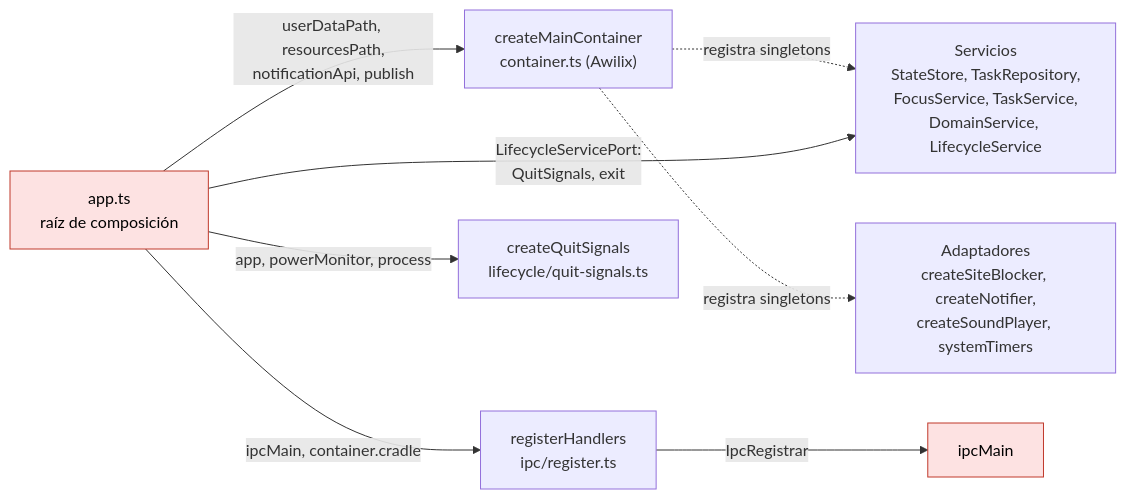
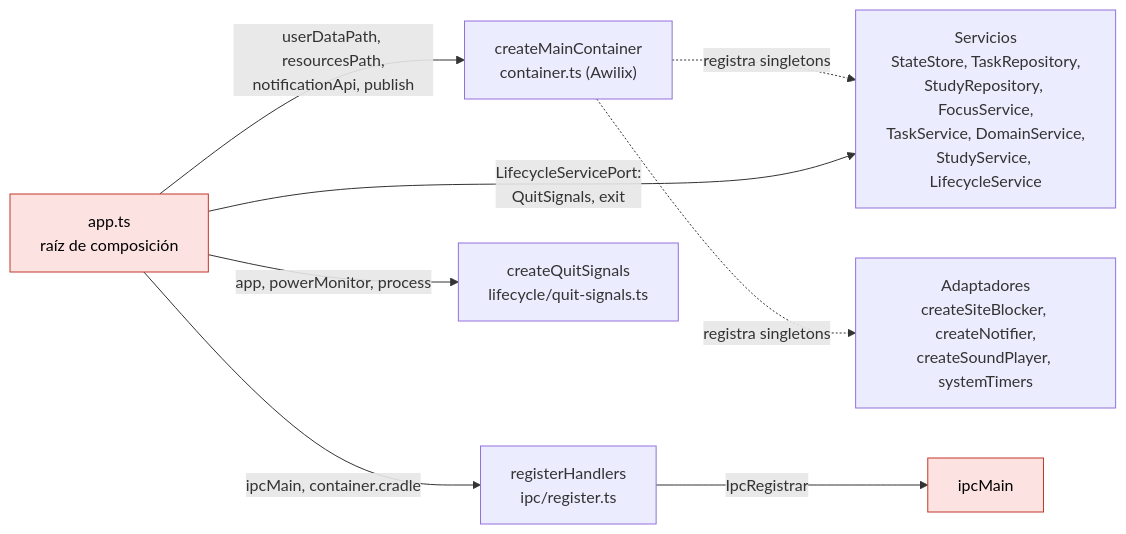
Before and after one commit to DevJuan95/ritmo: the third of 13 diagrams in docs/arquitectura.md, drawn with Mermaid. The commit also changed other lines of this file and 26 other files, not shown here.

````diff
--- a/docs/arquitectura.md
+++ b/docs/arquitectura.md
@@ -84,20 +85,20 @@
 ```mermaid
 flowchart LR
   app["app.ts<br/>raíz de composición"]:::electron
   container["createMainContainer<br/>container.ts (Awilix)"]
-  servicios["Servicios<br/>StateStore, TaskRepository,<br/>FocusService, TaskService,<br/>DomainService, LifecycleService"]
+  servicios["Servicios<br/>StateStore, TaskRepository,<br/>StudyRepository, FocusService,<br/>TaskService, DomainService,<br/>StudyService, LifecycleService"]
   adaptadores["Adaptadores<br/>createSiteBlocker, createNotifier,<br/>createSoundPlayer, systemTimers"]
   ipc["registerHandlers<br/>ipc/register.ts"]
   quit["createQuitSignals<br/>lifecycle/quit-signals.ts"]
   ipcMain["ipcMain"]:::electron
 
   app -- "userDataPath, resourcesPath,<br/>notificationApi, publish" --> container
   container -. "registra singletons" .-> servicios
   container -. "registra singletons" .-> adaptadores
   app -- "ipcMain, container.cradle" --> ipc
   ipc -- "IpcRegistrar" --> ipcMain
   app -- "LifecycleServicePort:<br/>QuitSignals, exit" --> servicios
   app -- "app, powerMonitor, process" --> quit
 
   classDef electron fill:#fde2e2,stroke:#c0392b,color:#000
 ```
````
